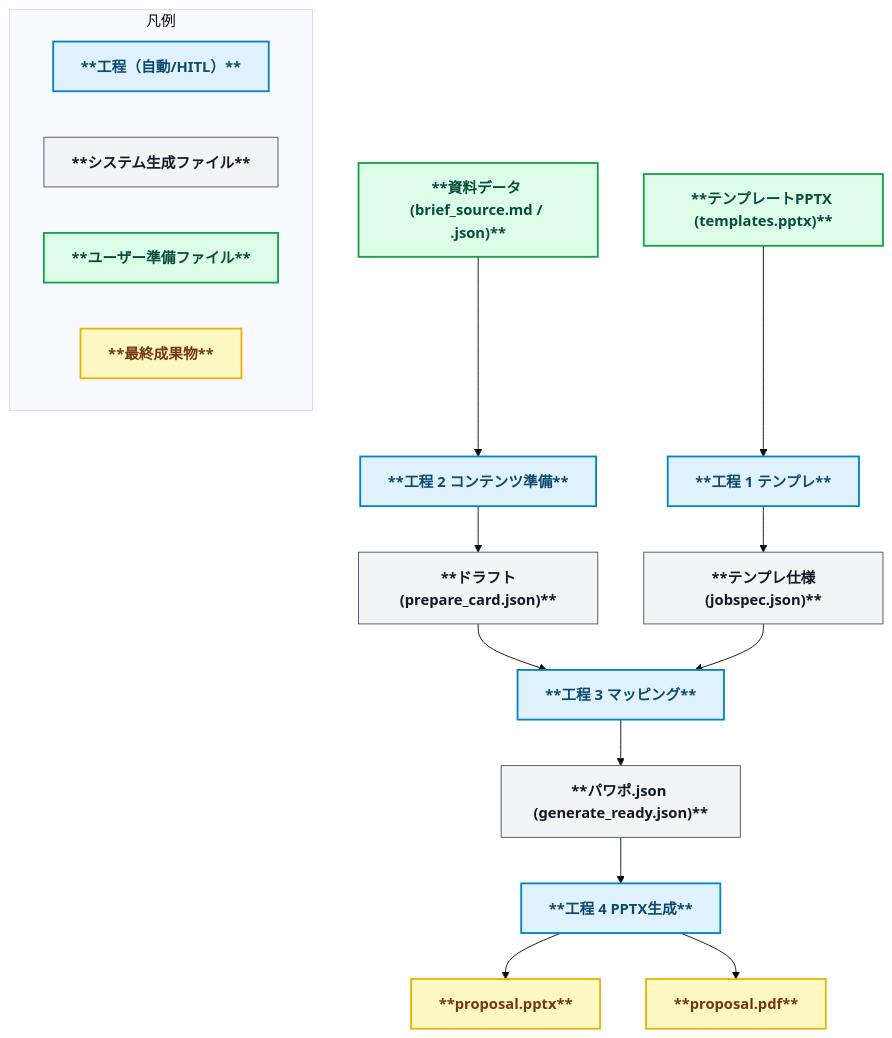
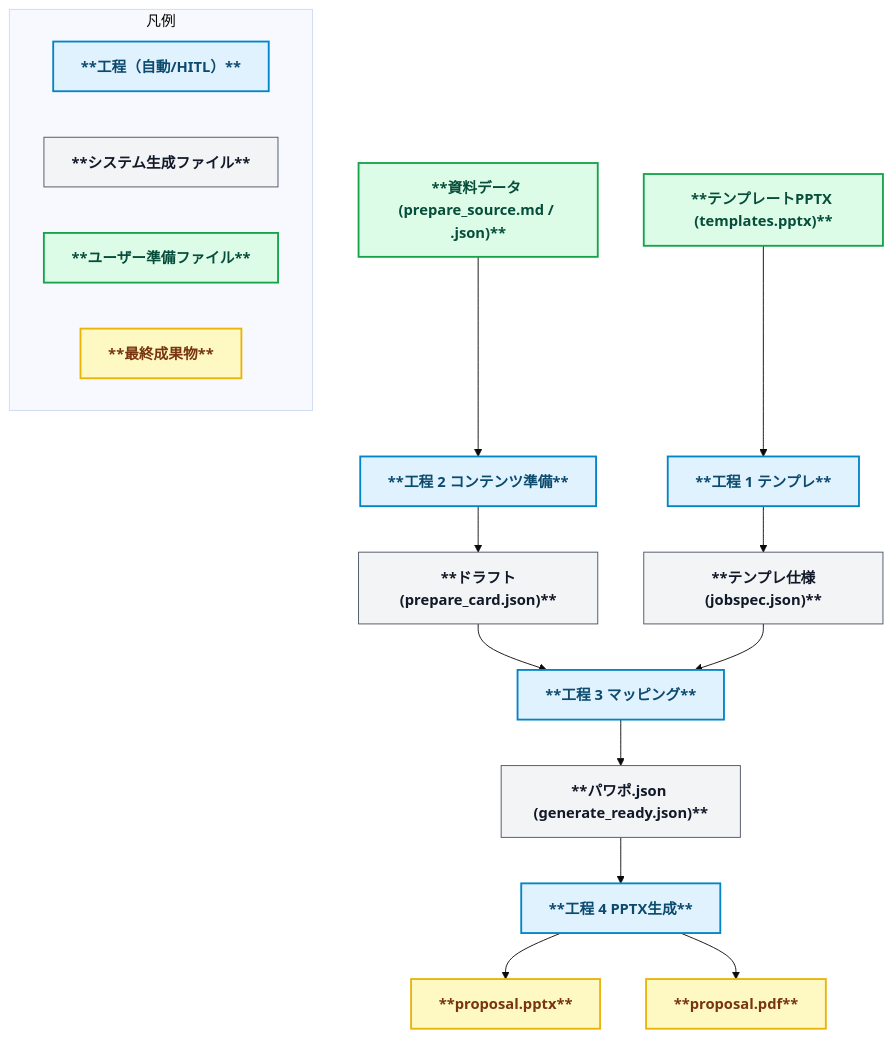
The diagram in README.md (yurake/pptx_generator), drawn with Mermaid (base theme) before and after one commit. The commit also changed other lines of this file and 91 other files, not shown here.

Commit message:
refactor(prepare): remove brief domain remnants

````diff
--- a/README.md
+++ b/README.md
@@ -26,36 +26,36 @@
 ```mermaid
 flowchart TD
   %% ======= Styles =======
   classDef stage fill:#e0f2fe,stroke:#0284c7,stroke-width:2px,color:#0c4a6e,font-weight:bold;
   classDef file fill:#f3f4f6,stroke:#4b5563,stroke-width:1px,color:#111827,font-weight:bold;
   classDef userfile fill:#dcfce7,stroke:#16a34a,stroke-width:2px,color:#064e3b,font-weight:bold;
   classDef final fill:#fef9c3,stroke:#eab308,stroke-width:2px,color:#78350f,font-weight:bold;
 
   %% ======= Stage 1 =======
   Tmpl["**テンプレートPPTX (templates.pptx)**"]:::userfile --> S1["**工程 1 テンプレ**"]:::stage
   S1 --> Jobspec["**テンプレ仕様(jobspec.json)**"]:::file
 
   %% ======= Stage 2 =======
-  Brief["**資料データ (brief_source.md / .json)**"]:::userfile --> S2["**工程 2 コンテンツ準備**"]:::stage
-  S2 --> BriefCards["**ドラフト(prepare_card.json)**"]:::file
-  BriefCards --> S3
+  Prepare["**資料データ (prepare_source.md / .json)**"]:::userfile --> S2["**工程 2 コンテンツ準備**"]:::stage
+  S2 --> PrepareCards["**ドラフト(prepare_card.json)**"]:::file
+  PrepareCards --> S3
 
   %% ======= Stage 3 =======
   S3["**工程 3 マッピング**"]:::stage
   Jobspec --> S3
   S3 --> Ready["**パワポ.json (generate_ready.json)**"]:::file
 
   %% ======= Stage 4 =======
   Ready --> S4["**工程 4 PPTX生成**"]:::stage
   S4 --> PPTX["**proposal.pptx**"]:::final
   S4 --> PDF["**proposal.pdf**"]:::final
 
   %% ======= Legend =======
   subgraph Legend[凡例]
     direction LR
     A1["**工程（自動/HITL）**"]:::stage
     A2["**システム生成ファイル**"]:::file
     A3["**ユーザー準備ファイル**"]:::userfile
     A4["**最終成果物**"]:::final
   end
 ```
````
